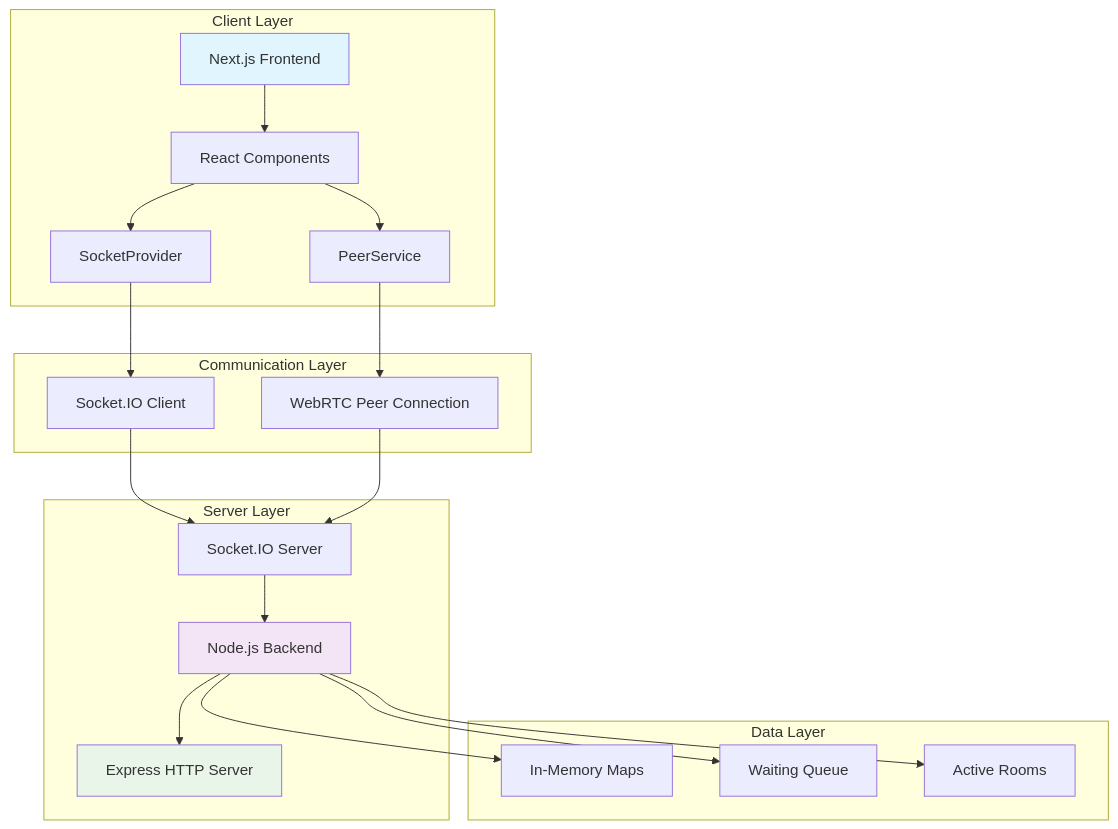
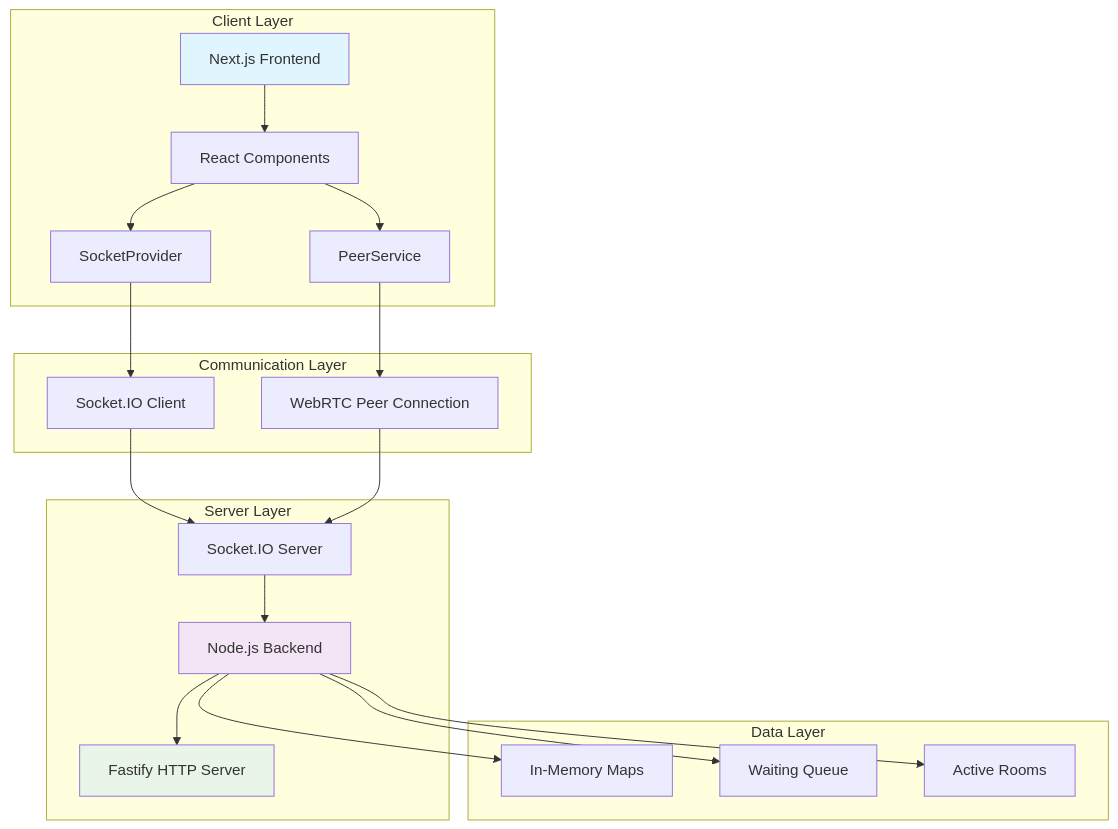
One commit to iamanishx/Threadr changed the first of 5 diagrams in Threadr_Architecture_Diagram.md. Above: the diagram before and after it, drawn with Mermaid. The commit also changed other lines of this file, not shown here.

Commit message:
mermaid diagram by copilot lol

````diff
--- a/Threadr_Architecture_Diagram.md
+++ b/Threadr_Architecture_Diagram.md
@@ -5,43 +5,43 @@
 ```mermaid
 graph TB
     subgraph "Client Layer"
         A[Next.js Frontend]
         B[React Components]
         C[SocketProvider]
         D[PeerService]
     end
 
     subgraph "Communication Layer"
         E[Socket.IO Client]
         F[WebRTC Peer Connection]
     end
 
     subgraph "Server Layer"
         G[Node.js Backend]
         H[Socket.IO Server]
-        I[Express HTTP Server]
+        I[Fastify HTTP Server]
     end
 
     subgraph "Data Layer"
         J[In-Memory Maps]
         K[Waiting Queue]
         L[Active Rooms]
     end
 
     A --> B
     B --> C
     C --> E
     B --> D
     D --> F
     E --> H
     F --> H
     H --> G
     G --> I
     G --> J
     G --> K
     G --> L
 
     style A fill:#e1f5fe
     style G fill:#f3e5f5
     style I fill:#e8f5e8
 ```
````
